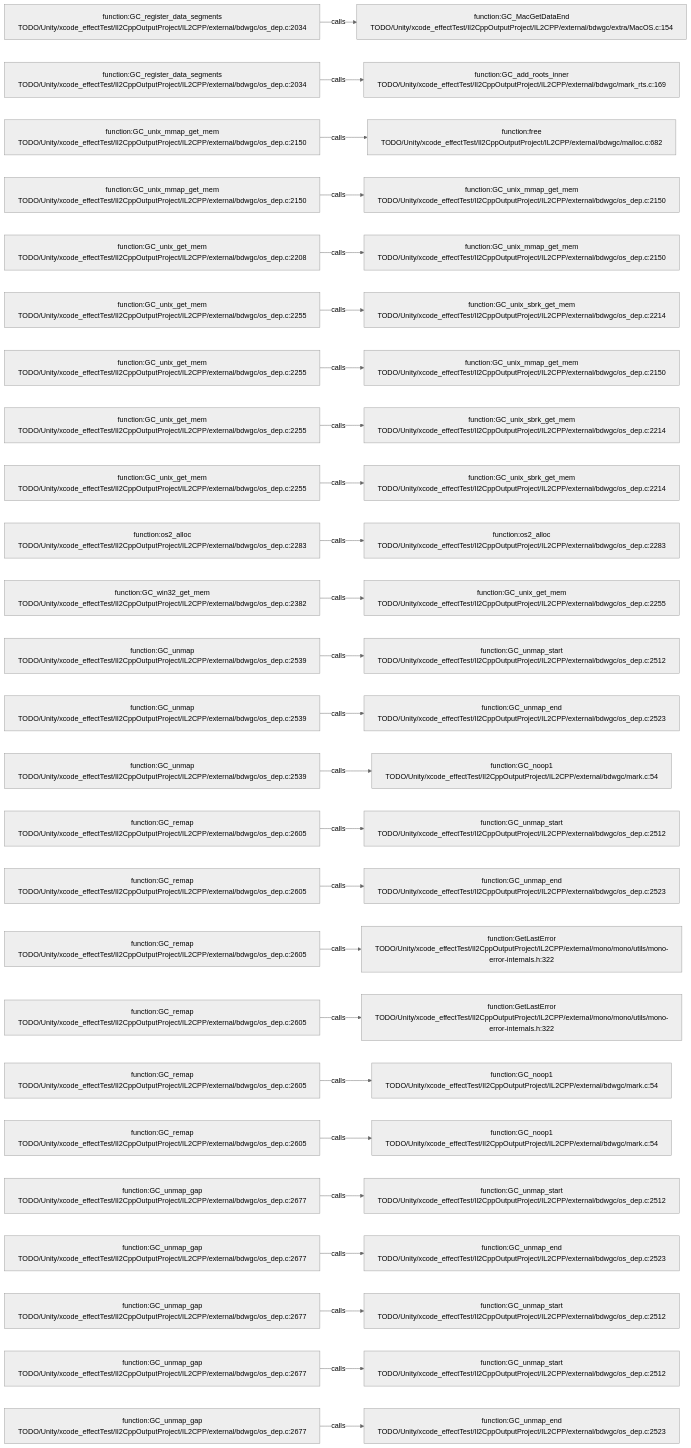
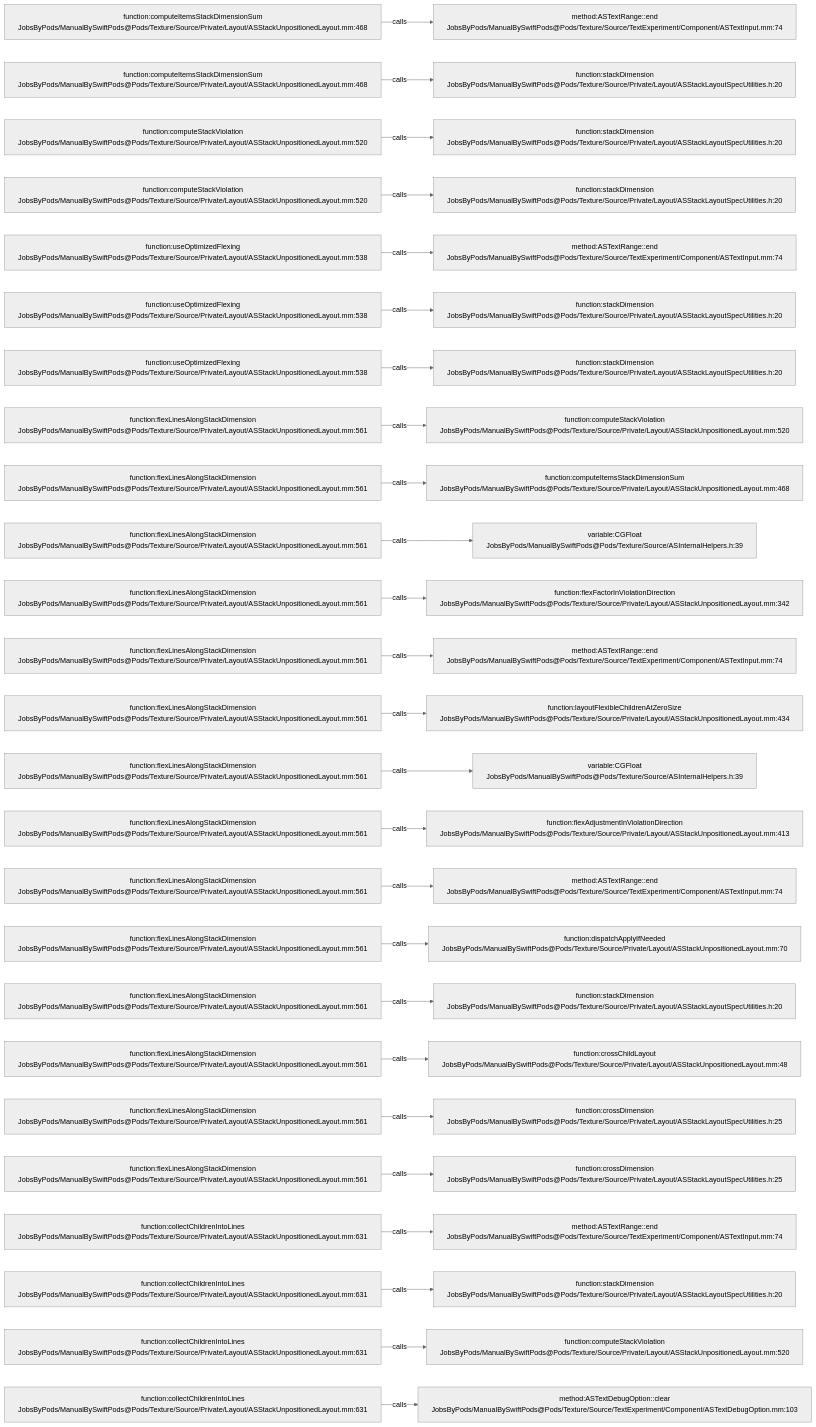
One commit to JobsKits/JobsSwiftBaseConfigDemo changed the diagram in .codegraph/codegraph.md/graphs/calls-145.md. Above: the diagram before and after it, drawn with Mermaid (neutral theme). The commit also changed 2959 other files, not shown here.

````diff
--- a/.codegraph/codegraph.md/graphs/calls-145.md
+++ b/.codegraph/codegraph.md/graphs/calls-145.md
@@ -13,78 +13,78 @@
 ```mermaid
 flowchart LR
-  S1["function:GC_register_data_segments<br/>TODO/Unity/xcode_effectTest/Il2CppOutputProject/IL2CPP/external/bdwgc/os_dep.c:2034"]
-  T1["function:GC_MacGetDataEnd<br/>TODO/Unity/xcode_effectTest/Il2CppOutputProject/IL2CPP/external/bdwgc/extra/MacOS.c:154"]
+  S1["function:computeItemsStackDimensionSum<br/>JobsByPods/ManualBySwiftPods@Pods/Texture/Source/Private/Layout/ASStackUnpositionedLayout.mm:468"]
+  T1["method:ASTextRange::end<br/>JobsByPods/ManualBySwiftPods@Pods/Texture/Source/TextExperiment/Component/ASTextInput.mm:74"]
   S1 -->|calls| T1
-  S2["function:GC_register_data_segments<br/>TODO/Unity/xcode_effectTest/Il2CppOutputProject/IL2CPP/external/bdwgc/os_dep.c:2034"]
-  T2["function:GC_add_roots_inner<br/>TODO/Unity/xcode_effectTest/Il2CppOutputProject/IL2CPP/external/bdwgc/mark_rts.c:169"]
+  S2["function:computeItemsStackDimensionSum<br/>JobsByPods/ManualBySwiftPods@Pods/Texture/Source/Private/Layout/ASStackUnpositionedLayout.mm:468"]
+  T2["function:stackDimension<br/>JobsByPods/ManualBySwiftPods@Pods/Texture/Source/Private/Layout/ASStackLayoutSpecUtilities.h:20"]
   S2 -->|calls| T2
-  S3["function:GC_unix_mmap_get_mem<br/>TODO/Unity/xcode_effectTest/Il2CppOutputProject/IL2CPP/external/bdwgc/os_dep.c:2150"]
-  T3["function:free<br/>TODO/Unity/xcode_effectTest/Il2CppOutputProject/IL2CPP/external/bdwgc/malloc.c:682"]
+  S3["function:computeStackViolation<br/>JobsByPods/ManualBySwiftPods@Pods/Texture/Source/Private/Layout/ASStackUnpositionedLayout.mm:520"]
+  T3["function:stackDimension<br/>JobsByPods/ManualBySwiftPods@Pods/Texture/Source/Private/Layout/ASStackLayoutSpecUtilities.h:20"]
   S3 -->|calls| T3
-  S4["function:GC_unix_mmap_get_mem<br/>TODO/Unity/xcode_effectTest/Il2CppOutputProject/IL2CPP/external/bdwgc/os_dep.c:2150"]
-  T4["function:GC_unix_mmap_get_mem<br/>TODO/Unity/xcode_effectTest/Il2CppOutputProject/IL2CPP/external/bdwgc/os_dep.c:2150"]
+  S4["function:computeStackViolation<br/>JobsByPods/ManualBySwiftPods@Pods/Texture/Source/Private/Layout/ASStackUnpositionedLayout.mm:520"]
+  T4["function:stackDimension<br/>JobsByPods/ManualBySwiftPods@Pods/Texture/Source/Private/Layout/ASStackLayoutSpecUtilities.h:20"]
   S4 -->|calls| T4
-  S5["function:GC_unix_get_mem<br/>TODO/Unity/xcode_effectTest/Il2CppOutputProject/IL2CPP/external/bdwgc/os_dep.c:2208"]
-  T5["function:GC_unix_mmap_get_mem<br/>TODO/Unity/xcode_effectTest/Il2CppOutputProject/IL2CPP/external/bdwgc/os_dep.c:2150"]
+  S5["function:useOptimizedFlexing<br/>JobsByPods/ManualBySwiftPods@Pods/Texture/Source/Private/Layout/ASStackUnpositionedLayout.mm:538"]
+  T5["method:ASTextRange::end<br/>JobsByPods/ManualBySwiftPods@Pods/Texture/Source/TextExperiment/Component/ASTextInput.mm:74"]
   S5 -->|calls| T5
-  S6["function:GC_unix_get_mem<br/>TODO/Unity/xcode_effectTest/Il2CppOutputProject/IL2CPP/external/bdwgc/os_dep.c:2255"]
-  T6["function:GC_unix_sbrk_get_mem<br/>TODO/Unity/xcode_effectTest/Il2CppOutputProject/IL2CPP/external/bdwgc/os_dep.c:2214"]
+  S6["function:useOptimizedFlexing<br/>JobsByPods/ManualBySwiftPods@Pods/Texture/Source/Private/Layout/ASStackUnpositionedLayout.mm:538"]
+  T6["function:stackDimension<br/>JobsByPods/ManualBySwiftPods@Pods/Texture/Source/Private/Layout/ASStackLayoutSpecUtilities.h:20"]
   S6 -->|calls| T6
-  S7["function:GC_unix_get_mem<br/>TODO/Unity/xcode_effectTest/Il2CppOutputProject/IL2CPP/external/bdwgc/os_dep.c:2255"]
-  T7["function:GC_unix_mmap_get_mem<br/>TODO/Unity/xcode_effectTest/Il2CppOutputProject/IL2CPP/external/bdwgc/os_dep.c:2150"]
+  S7["function:useOptimizedFlexing<br/>JobsByPods/ManualBySwiftPods@Pods/Texture/Source/Private/Layout/ASStackUnpositionedLayout.mm:538"]
+  T7["function:stackDimension<br/>JobsByPods/ManualBySwiftPods@Pods/Texture/Source/Private/Layout/ASStackLayoutSpecUtilities.h:20"]
   S7 -->|calls| T7
-  S8["function:GC_unix_get_mem<br/>TODO/Unity/xcode_effectTest/Il2CppOutputProject/IL2CPP/external/bdwgc/os_dep.c:2255"]
-  T8["function:GC_unix_sbrk_get_mem<br/>TODO/Unity/xcode_effectTest/Il2CppOutputProject/IL2CPP/external/bdwgc/os_dep.c:2214"]
+  S8["function:flexLinesAlongStackDimension<br/>JobsByPods/ManualBySwiftPods@Pods/Texture/Source/Private/Layout/ASStackUnpositionedLayout.mm:561"]
+  T8["function:computeStackViolation<br/>JobsByPods/ManualBySwiftPods@Pods/Texture/Source/Private/Layout/ASStackUnpositionedLayout.mm:520"]
   S8 -->|calls| T8
-  S9["function:GC_unix_get_mem<br/>TODO/Unity/xcode_effectTest/Il2CppOutputProject/IL2CPP/external/bdwgc/os_dep.c:2255"]
-  T9["function:GC_unix_sbrk_get_mem<br/>TODO/Unity/xcode_effectTest/Il2CppOutputProject/IL2CPP/external/bdwgc/os_dep.c:2214"]
+  S9["function:flexLinesAlongStackDimension<br/>JobsByPods/ManualBySwiftPods@Pods/Texture/Source/Private/Layout/ASStackUnpositionedLayout.mm:561"]
+  T9["function:computeItemsStackDimensionSum<br/>JobsByPods/ManualBySwiftPods@Pods/Texture/Source/Private/Layout/ASStackUnpositionedLayout.mm:468"]
   S9 -->|calls| T9
-  S10["function:os2_alloc<br/>TODO/Unity/xcode_effectTest/Il2CppOutputProject/IL2CPP/external/bdwgc/os_dep.c:2283"]
-  T10["function:os2_alloc<br/>TODO/Unity/xcode_effectTest/Il2CppOutputProject/IL2CPP/external/bdwgc/os_dep.c:2283"]
+  S10["function:flexLinesAlongStackDimension<br/>JobsByPods/ManualBySwiftPods@Pods/Texture/Source/Private/Layout/ASStackUnpositionedLayout.mm:561"]
+  T10["variable:CGFloat<br/>JobsByPods/ManualBySwiftPods@Pods/Texture/Source/ASInternalHelpers.h:39"]
   S10 -->|calls| T10
-  S11["function:GC_win32_get_mem<br/>TODO/Unity/xcode_effectTest/Il2CppOutputProject/IL2CPP/external/bdwgc/os_dep.c:2382"]
-  T11["function:GC_unix_get_mem<br/>TODO/Unity/xcode_effectTest/Il2CppOutputProject/IL2CPP/external/bdwgc/os_dep.c:2255"]
+  S11["function:flexLinesAlongStackDimension<br/>JobsByPods/ManualBySwiftPods@Pods/Texture/Source/Private/Layout/ASStackUnpositionedLayout.mm:561"]
+  T11["function:flexFactorInViolationDirection<br/>JobsByPods/ManualBySwiftPods@Pods/Texture/Source/Private/Layout/ASStackUnpositionedLayout.mm:342"]
   S11 -->|calls| T11
-  S12["function:GC_unmap<br/>TODO/Unity/xcode_effectTest/Il2CppOutputProject/IL2CPP/external/bdwgc/os_dep.c:2539"]
-  T12["function:GC_unmap_start<br/>TODO/Unity/xcode_effectTest/Il2CppOutputProject/IL2CPP/external/bdwgc/os_dep.c:2512"]
+  S12["function:flexLinesAlongStackDimension<br/>JobsByPods/ManualBySwiftPods@Pods/Texture/Source/Private/Layout/ASStackUnpositionedLayout.mm:561"]
+  T12["method:ASTextRange::end<br/>JobsByPods/ManualBySwiftPods@Pods/Texture/Source/TextExperiment/Component/ASTextInput.mm:74"]
   S12 -->|calls| T12
-  S13["function:GC_unmap<br/>TODO/Unity/xcode_effectTest/Il2CppOutputProject/IL2CPP/external/bdwgc/os_dep.c:2539"]
-  T13["function:GC_unmap_end<br/>TODO/Unity/xcode_effectTest/Il2CppOutputProject/IL2CPP/external/bdwgc/os_dep.c:2523"]
+  S13["function:flexLinesAlongStackDimension<br/>JobsByPods/ManualBySwiftPods@Pods/Texture/Source/Private/Layout/ASStackUnpositionedLayout.mm:561"]
+  T13["function:layoutFlexibleChildrenAtZeroSize<br/>JobsByPods/ManualBySwiftPods@Pods/Texture/Source/Private/Layout/ASStackUnpositionedLayout.mm:434"]
   S13 -->|calls| T13
-  S14["function:GC_unmap<br/>TODO/Unity/xcode_effectTest/Il2CppOutputProject/IL2CPP/external/bdwgc/os_dep.c:2539"]
-  T14["function:GC_noop1<br/>TODO/Unity/xcode_effectTest/Il2CppOutputProject/IL2CPP/external/bdwgc/mark.c:54"]
+  S14["function:flexLinesAlongStackDimension<br/>JobsByPods/ManualBySwiftPods@Pods/Texture/Source/Private/Layout/ASStackUnpositionedLayout.mm:561"]
+  T14["variable:CGFloat<br/>JobsByPods/ManualBySwiftPods@Pods/Texture/Source/ASInternalHelpers.h:39"]
   S14 -->|calls| T14
-  S15["function:GC_remap<br/>TODO/Unity/xcode_effectTest/Il2CppOutputProject/IL2CPP/external/bdwgc/os_dep.c:2605"]
-  T15["function:GC_unmap_start<br/>TODO/Unity/xcode_effectTest/Il2CppOutputProject/IL2CPP/external/bdwgc/os_dep.c:2512"]
+  S15["function:flexLinesAlongStackDimension<br/>JobsByPods/ManualBySwiftPods@Pods/Texture/Source/Private/Layout/ASStackUnpositionedLayout.mm:561"]
+  T15["function:flexAdjustmentInViolationDirection<br/>JobsByPods/ManualBySwiftPods@Pods/Texture/Source/Private/Layout/ASStackUnpositionedLayout.mm:413"]
   S15 -->|calls| T15
-  S16["function:GC_remap<br/>TODO/Unity/xcode_effectTest/Il2CppOutputProject/IL2CPP/external/bdwgc/os_dep.c:2605"]
-  T16["function:GC_unmap_end<br/>TODO/Unity/xcode_effectTest/Il2CppOutputProject/IL2CPP/external/bdwgc/os_dep.c:2523"]
+  S16["function:flexLinesAlongStackDimension<br/>JobsByPods/ManualBySwiftPods@Pods/Texture/Source/Private/Layout/ASStackUnpositionedLayout.mm:561"]
+  T16["method:ASTextRange::end<br/>JobsByPods/ManualBySwiftPods@Pods/Texture/Source/TextExperiment/Component/ASTextInput.mm:74"]
   S16 -->|calls| T16
-  S17["function:GC_remap<br/>TODO/Unity/xcode_effectTest/Il2CppOutputProject/IL2CPP/external/bdwgc/os_dep.c:2605"]
-  T17["function:GetLastError<br/>TODO/Unity/xcode_effectTest/Il2CppOutputProject/IL2CPP/external/mono/mono/utils/mono-error-internals.h:322"]
+  S17["function:flexLinesAlongStackDimension<br/>JobsByPods/ManualBySwiftPods@Pods/Texture/Source/Private/Layout/ASStackUnpositionedLayout.mm:561"]
+  T17["function:dispatchApplyIfNeeded<br/>JobsByPods/ManualBySwiftPods@Pods/Texture/Source/Private/Layout/ASStackUnpositionedLayout.mm:70"]
   S17 -->|calls| T17
-  S18["function:GC_remap<br/>TODO/Unity/xcode_effectTest/Il2CppOutputProject/IL2CPP/external/bdwgc/os_dep.c:2605"]
-  T18["function:GetLastError<br/>TODO/Unity/xcode_effectTest/Il2CppOutputProject/IL2CPP/external/mono/mono/utils/mono-error-internals.h:322"]
+  S18["function:flexLinesAlongStackDimension<br/>JobsByPods/ManualBySwiftPods@Pods/Texture/Source/Private/Layout/ASStackUnpositionedLayout.mm:561"]
+  T18["function:stackDimension<br/>JobsByPods/ManualBySwiftPods@Pods/Texture/Source/Private/Layout/ASStackLayoutSpecUtilities.h:20"]
   S18 -->|calls| T18
-  S19["function:GC_remap<br/>TODO/Unity/xcode_effectTest/Il2CppOutputProject/IL2CPP/external/bdwgc/os_dep.c:2605"]
-  T19["function:GC_noop1<br/>TODO/Unity/xcode_effectTest/Il2CppOutputProject/IL2CPP/external/bdwgc/mark.c:54"]
+  S19["function:flexLinesAlongStackDimension<br/>JobsByPods/ManualBySwiftPods@Pods/Texture/Source/Private/Layout/ASStackUnpositionedLayout.mm:561"]
+  T19["function:crossChildLayout<br/>JobsByPods/ManualBySwiftPods@Pods/Texture/Source/Private/Layout/ASStackUnpositionedLayout.mm:48"]
   S19 -->|calls| T19
-  S20["function:GC_remap<br/>TODO/Unity/xcode_effectTest/Il2CppOutputProject/IL2CPP/external/bdwgc/os_dep.c:2605"]
-  T20["function:GC_noop1<br/>TODO/Unity/xcode_effectTest/Il2CppOutputProject/IL2CPP/external/bdwgc/mark.c:54"]
+  S20["function:flexLinesAlongStackDimension<br/>JobsByPods/ManualBySwiftPods@Pods/Texture/Source/Private/Layout/ASStackUnpositionedLayout.mm:561"]
+  T20["function:crossDimension<br/>JobsByPods/ManualBySwiftPods@Pods/Texture/Source/Private/Layout/ASStackLayoutSpecUtilities.h:25"]
   S20 -->|calls| T20
-  S21["function:GC_unmap_gap<br/>TODO/Unity/xcode_effectTest/Il2CppOutputProject/IL2CPP/external/bdwgc/os_dep.c:2677"]
-  T21["function:GC_unmap_start<br/>TODO/Unity/xcode_effectTest/Il2CppOutputProject/IL2CPP/external/bdwgc/os_dep.c:2512"]
+  S21["function:flexLinesAlongStackDimension<br/>JobsByPods/ManualBySwiftPods@Pods/Texture/Source/Private/Layout/ASStackUnpositionedLayout.mm:561"]
+  T21["function:crossDimension<br/>JobsByPods/ManualBySwiftPods@Pods/Texture/Source/Private/Layout/ASStackLayoutSpecUtilities.h:25"]
   S21 -->|calls| T21
-  S22["function:GC_unmap_gap<br/>TODO/Unity/xcode_effectTest/Il2CppOutputProject/IL2CPP/external/bdwgc/os_dep.c:2677"]
-  T22["function:GC_unmap_end<br/>TODO/Unity/xcode_effectTest/Il2CppOutputProject/IL2CPP/external/bdwgc/os_dep.c:2523"]
+  S22["function:collectChildrenIntoLines<br/>JobsByPods/ManualBySwiftPods@Pods/Texture/Source/Private/Layout/ASStackUnpositionedLayout.mm:631"]
+  T22["method:ASTextRange::end<br/>JobsByPods/ManualBySwiftPods@Pods/Texture/Source/TextExperiment/Component/ASTextInput.mm:74"]
   S22 -->|calls| T22
-  S23["function:GC_unmap_gap<br/>TODO/Unity/xcode_effectTest/Il2CppOutputProject/IL2CPP/external/bdwgc/os_dep.c:2677"]
-  T23["function:GC_unmap_start<br/>TODO/Unity/xcode_effectTest/Il2CppOutputProject/IL2CPP/external/bdwgc/os_dep.c:2512"]
+  S23["function:collectChildrenIntoLines<br/>JobsByPods/ManualBySwiftPods@Pods/Texture/Source/Private/Layout/ASStackUnpositionedLayout.mm:631"]
+  T23["function:stackDimension<br/>JobsByPods/ManualBySwiftPods@Pods/Texture/Source/Private/Layout/ASStackLayoutSpecUtilities.h:20"]
   S23 -->|calls| T23
-  S24["function:GC_unmap_gap<br/>TODO/Unity/xcode_effectTest/Il2CppOutputProject/IL2CPP/external/bdwgc/os_dep.c:2677"]
-  T24["function:GC_unmap_start<br/>TODO/Unity/xcode_effectTest/Il2CppOutputProject/IL2CPP/external/bdwgc/os_dep.c:2512"]
+  S24["function:collectChildrenIntoLines<br/>JobsByPods/ManualBySwiftPods@Pods/Texture/Source/Private/Layout/ASStackUnpositionedLayout.mm:631"]
+  T24["function:computeStackViolation<br/>JobsByPods/ManualBySwiftPods@Pods/Texture/Source/Private/Layout/ASStackUnpositionedLayout.mm:520"]
   S24 -->|calls| T24
-  S25["function:GC_unmap_gap<br/>TODO/Unity/xcode_effectTest/Il2CppOutputProject/IL2CPP/external/bdwgc/os_dep.c:2677"]
-  T25["function:GC_unmap_end<br/>TODO/Unity/xcode_effectTest/Il2CppOutputProject/IL2CPP/external/bdwgc/os_dep.c:2523"]
+  S25["function:collectChildrenIntoLines<br/>JobsByPods/ManualBySwiftPods@Pods/Texture/Source/Private/Layout/ASStackUnpositionedLayout.mm:631"]
+  T25["method:ASTextDebugOption::clear<br/>JobsByPods/ManualBySwiftPods@Pods/Texture/Source/TextExperiment/Component/ASTextDebugOption.mm:103"]
   S25 -->|calls| T25
 ```
````
